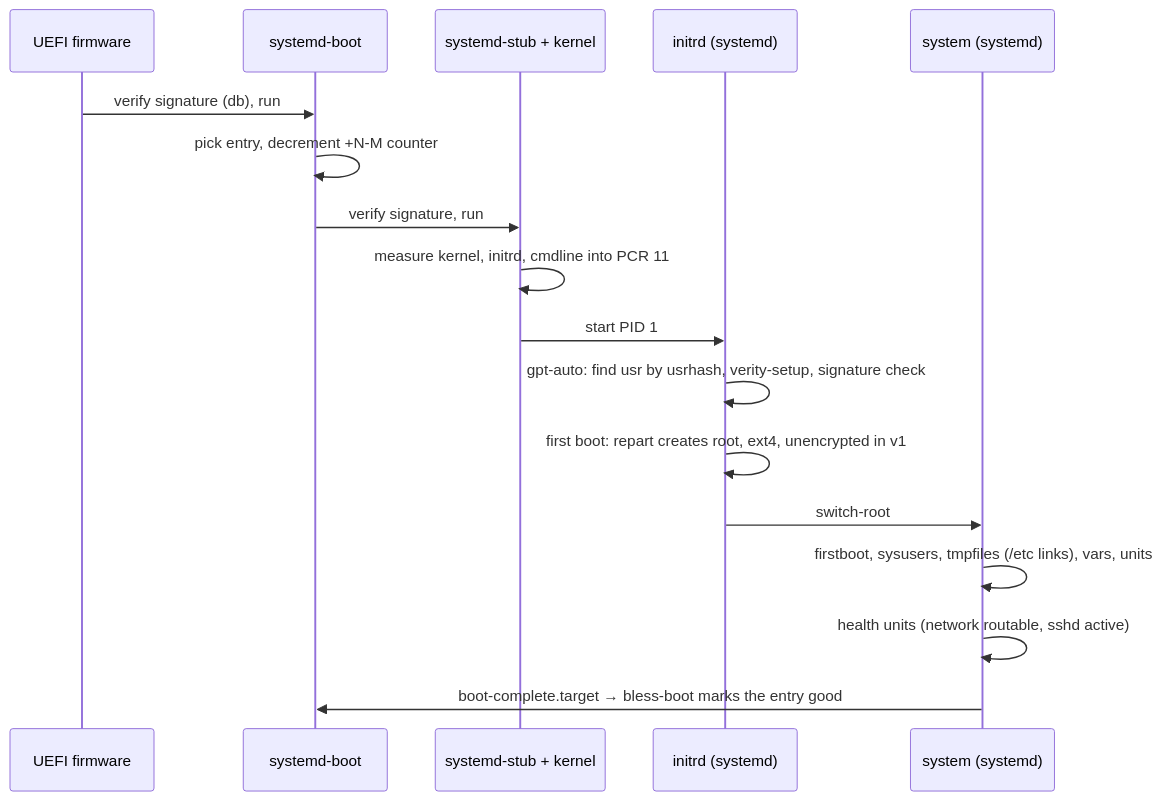
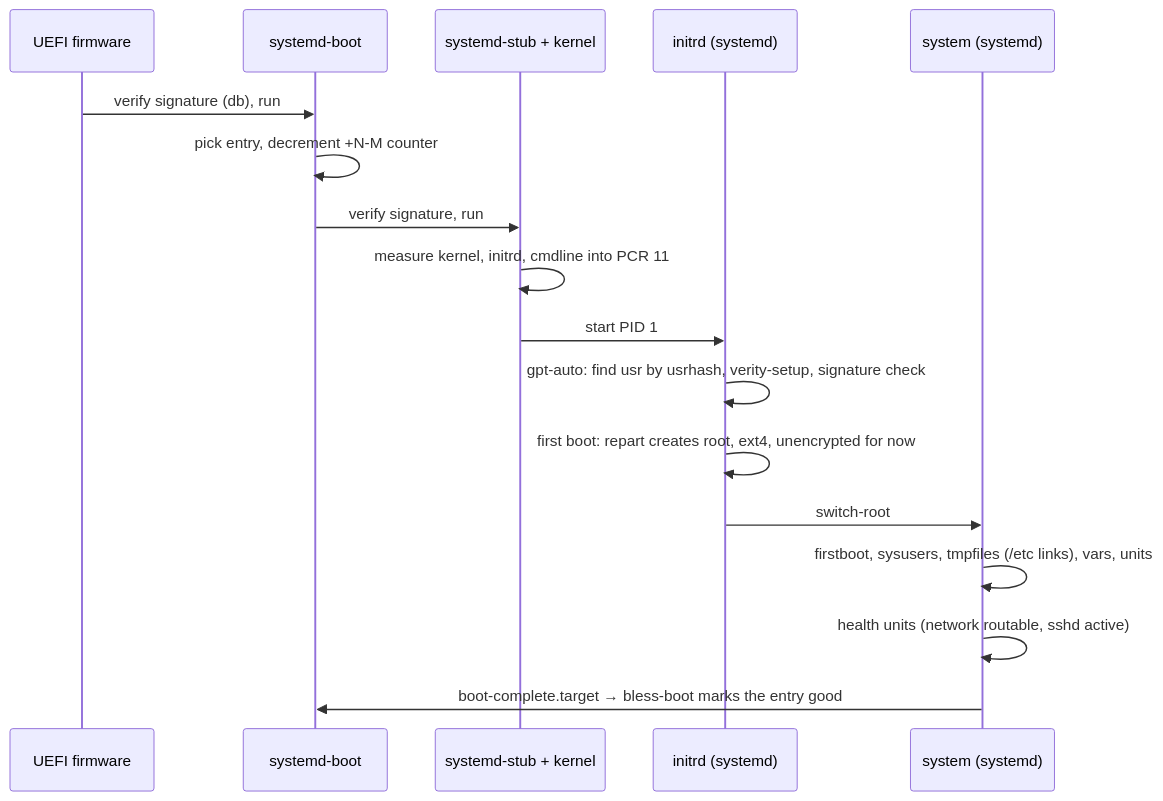
The first of 2 diagrams in docs/design/boot.md (slophaer/golconda), drawn with Mermaid before and after one commit. The commit also changed other lines of this file and 29 other files, not shown here.

````diff
--- a/docs/design/boot.md
+++ b/docs/design/boot.md
@@ -7,19 +7,19 @@
 ```mermaid
 sequenceDiagram
   participant FW as UEFI firmware
   participant SB as systemd-boot
   participant UKI as systemd-stub + kernel
   participant IRD as initrd (systemd)
   participant SYS as system (systemd)
   FW->>SB: verify signature (db), run
   SB->>SB: pick entry, decrement +N-M counter
   SB->>UKI: verify signature, run
   UKI->>UKI: measure kernel, initrd, cmdline into PCR 11
   UKI->>IRD: start PID 1
   IRD->>IRD: gpt-auto: find usr by usrhash, verity-setup, signature check
-  IRD->>IRD: first boot: repart creates root, ext4, unencrypted in v1
+  IRD->>IRD: first boot: repart creates root, ext4, unencrypted for now
   IRD->>SYS: switch-root
   SYS->>SYS: firstboot, sysusers, tmpfiles (/etc links), vars, units
   SYS->>SYS: health units (network routable, sshd active)
   SYS->>SB: boot-complete.target → bless-boot marks the entry good
 ```
````
